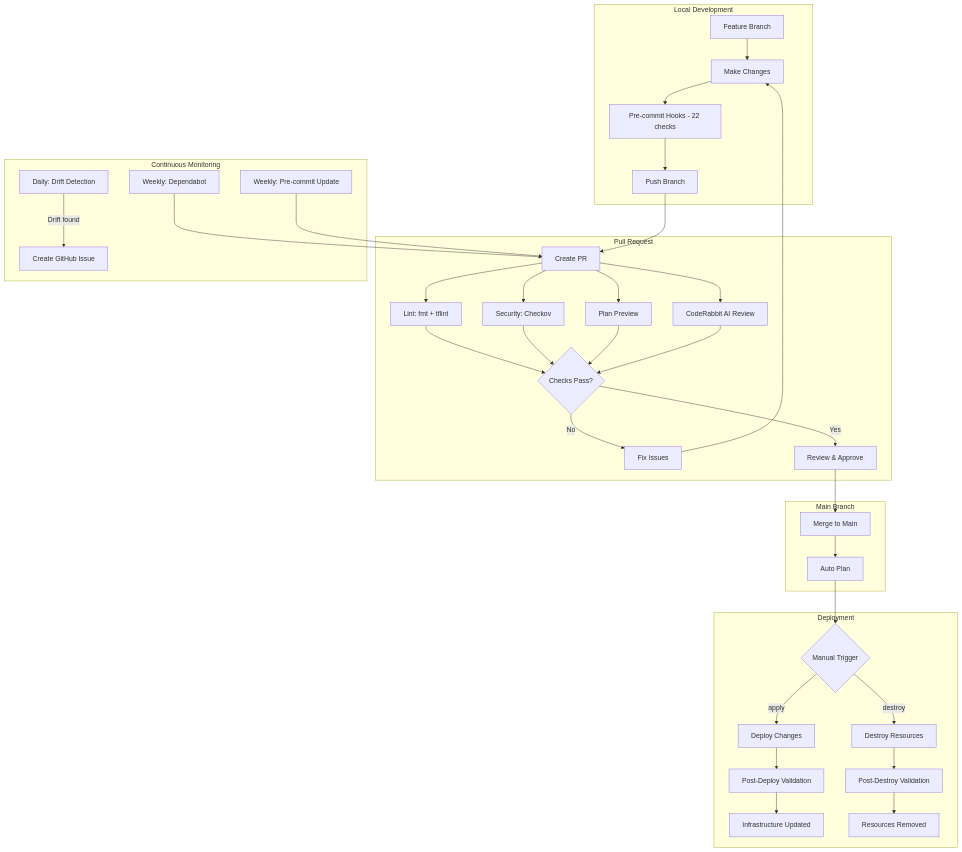
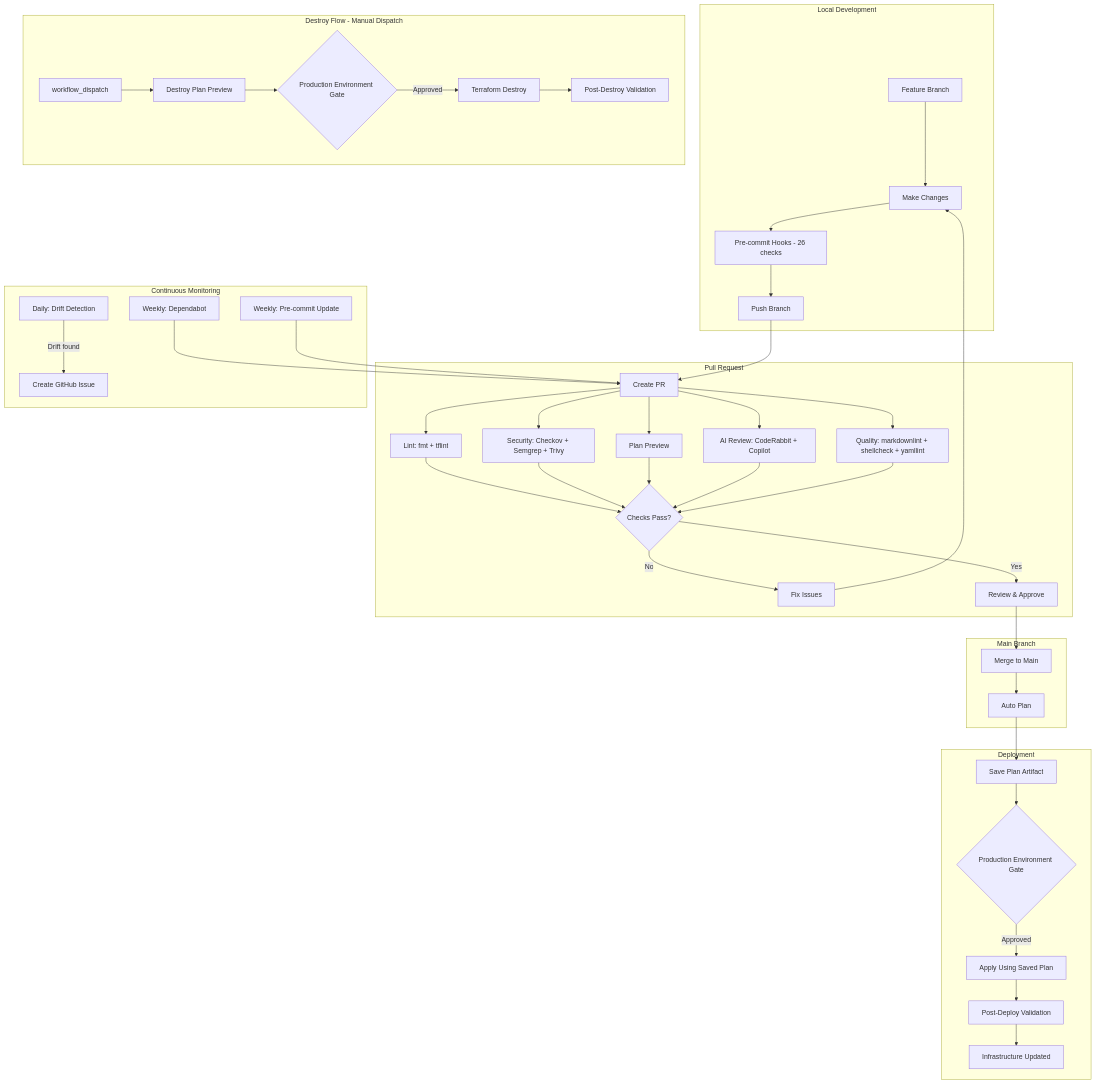
The diagram in docs/architecture.md (gamaware/aws-organization-governance), drawn with Mermaid before and after one commit. The commit also changed other lines of this file and 5 other files, not shown here.

Commit message:
docs: add architecture diagrams and update ship skill (#26)

````diff
--- a/docs/architecture.md
+++ b/docs/architecture.md
@@ -124,41 +138,47 @@
 ```mermaid
 graph TB
     subgraph "Local Development"
         A[Feature Branch] --> B[Make Changes]
-        B --> C[Pre-commit Hooks - 22 checks]
+        B --> C[Pre-commit Hooks - 26 checks]
         C --> D[Push Branch]
     end
 
     subgraph "Pull Request"
         D --> E[Create PR]
         E --> F1[Lint: fmt + tflint]
-        E --> F2[Security: Checkov]
+        E --> F2[Security: Checkov + Semgrep + Trivy]
         E --> F3[Plan Preview]
-        E --> F4[CodeRabbit AI Review]
-        F1 & F2 & F3 & F4 --> G{Checks Pass?}
+        E --> F4[AI Review: CodeRabbit + Copilot]
+        E --> F5[Quality: markdownlint + shellcheck + yamllint]
+        F1 & F2 & F3 & F4 & F5 --> G{Checks Pass?}
         G -->|No| H[Fix Issues]
         H --> B
         G -->|Yes| I[Review & Approve]
     end
 
     subgraph "Main Branch"
         I --> J[Merge to Main]
         J --> K[Auto Plan]
     end
 
     subgraph "Deployment"
-        K --> L{Manual Trigger}
-        L -->|apply| M[Deploy Changes]
-        M --> N[Post-Deploy Validation]
-        N --> O[Infrastructure Updated]
-        L -->|destroy| P[Destroy Resources]
-        P --> Q[Post-Destroy Validation]
-        Q --> R[Resources Removed]
+        K --> L[Save Plan Artifact]
+        L --> M{Production Environment Gate}
+        M -->|Approved| N[Apply Using Saved Plan]
+        N --> O[Post-Deploy Validation]
+        O --> P[Infrastructure Updated]
+    end
+
+    subgraph "Destroy Flow - Manual Dispatch"
+        Q[workflow_dispatch] --> R[Destroy Plan Preview]
+        R --> S{Production Environment Gate}
+        S -->|Approved| T[Terraform Destroy]
+        T --> U[Post-Destroy Validation]
     end
 
     subgraph "Continuous Monitoring"
-        S[Daily: Drift Detection] -->|Drift found| T[Create GitHub Issue]
-        U[Weekly: Dependabot] --> E
-        V[Weekly: Pre-commit Update] --> E
+        V[Daily: Drift Detection] -->|Drift found| W[Create GitHub Issue]
+        X[Weekly: Dependabot] --> E
+        Y[Weekly: Pre-commit Update] --> E
     end
 ```
````
